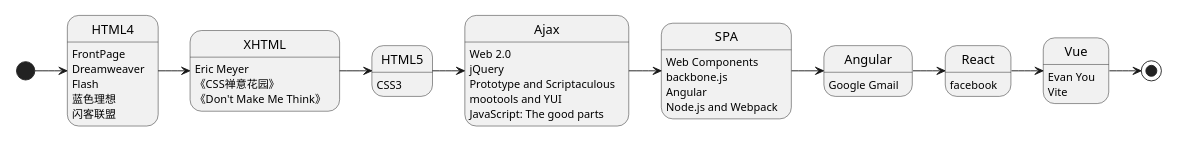
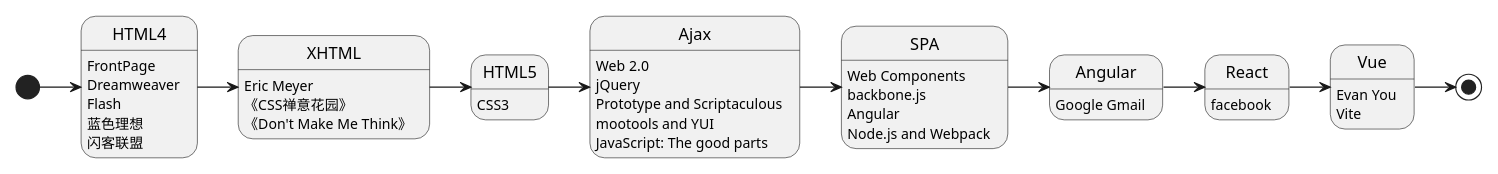
One commit to kaffa/kaffa changed the diagram in docs/static/img/html-memoir.plantuml. Above: the diagram before and after it, drawn with PlantUML. The commit also changed 502 other files, not shown here.

```diff
--- a/docs/static/img/html-memoir.plantuml
+++ b/docs/static/img/html-memoir.plantuml
@@ -1,37 +1,37 @@
 @startuml
 
-scale 750 width
+scale 960 width
 [*] -> HTML4
 HTML4 -> XHTML
 XHTML -> HTML5
 HTML5 -> Ajax
 Ajax -> SPA
 SPA -> Angular
 Angular -> React
 React -> Vue
 Vue -> [*]
 
 HTML4: FrontPage
 HTML4: Dreamweaver
 HTML4: Flash
 HTML4: 蓝色理想
 HTML4: 闪客联盟
 XHTML: Eric Meyer
 XHTML: 《CSS禅意花园》
 XHTML: 《Don't Make Me Think》
 HTML5: CSS3
 Ajax: Web 2.0
 Ajax: jQuery
 Ajax: Prototype and Scriptaculous
 Ajax: mootools and YUI
 Ajax: JavaScript: The good parts
 SPA: Web Components
 SPA: backbone.js
 SPA: Angular
 SPA: Node.js and Webpack
 Angular: Google Gmail
 React: facebook
 Vue: Evan You
 Vue: Vite
 
 @enduml
```
